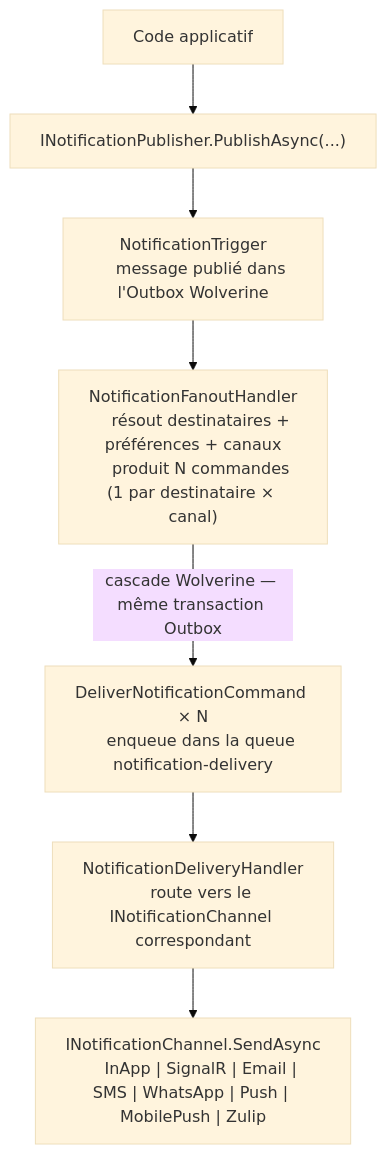
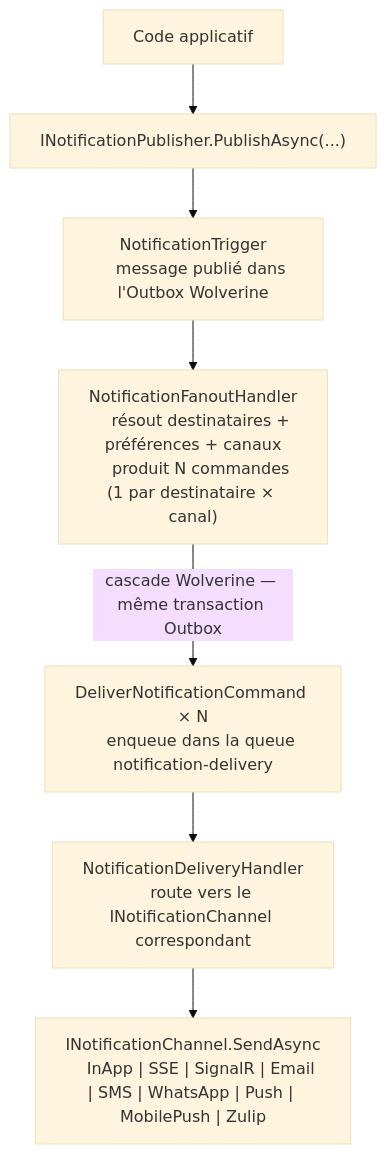
One commit to enraiz/granit-dotnet changed the diagram in docs/framework/messaging/notifications.md. Above: the diagram before and after it, drawn with Mermaid (base theme). The commit also changed other lines of this file and 1 other file, not shown here.

````diff
--- a/docs/framework/messaging/notifications.md
+++ b/docs/framework/messaging/notifications.md
@@ -27,15 +29,15 @@
 ```mermaid
 flowchart TD
     A["Code applicatif"] --> B["INotificationPublisher.PublishAsync(...)"]
     B --> C["NotificationTrigger
     message publié dans l'Outbox Wolverine"]
     C --> D["NotificationFanoutHandler
     résout destinataires + préférences + canaux
     produit N commandes (1 par destinataire × canal)"]
     D -- "cascade Wolverine — même transaction Outbox" --> E["DeliverNotificationCommand × N
     enqueue dans la queue notification-delivery"]
     E --> F["NotificationDeliveryHandler
     route vers le INotificationChannel correspondant"]
     F --> G["INotificationChannel.SendAsync
-    InApp | SignalR | Email | SMS | WhatsApp | Push | MobilePush | Zulip"]
+    InApp | SSE | SignalR | Email | SMS | WhatsApp | Push | MobilePush | Zulip"]
 ```
````
